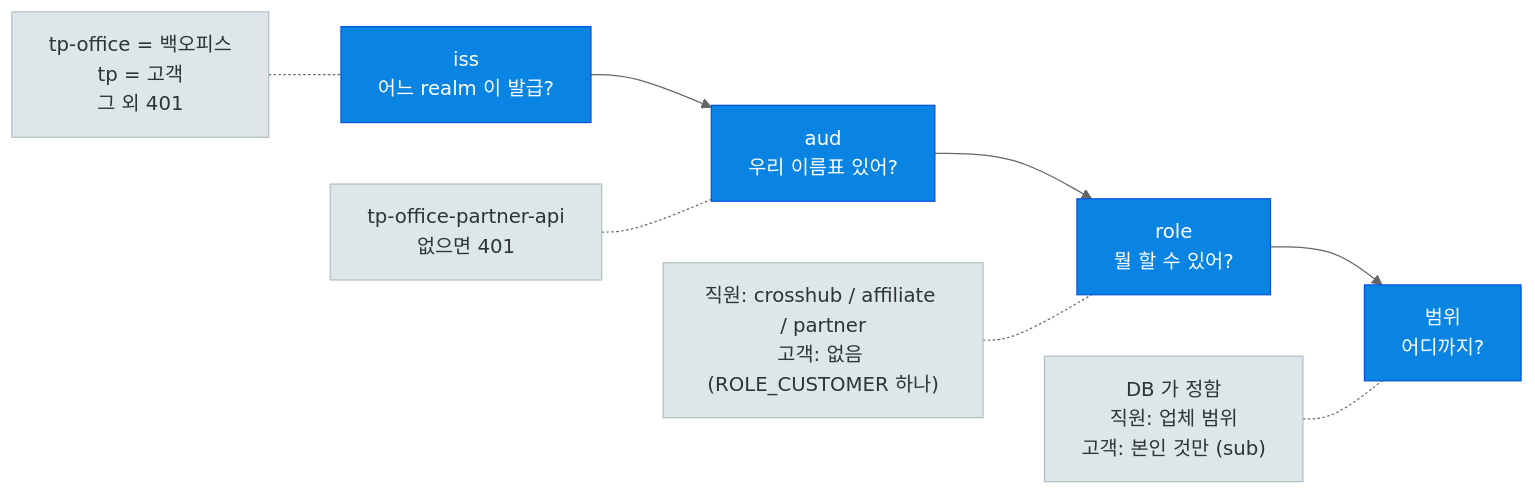
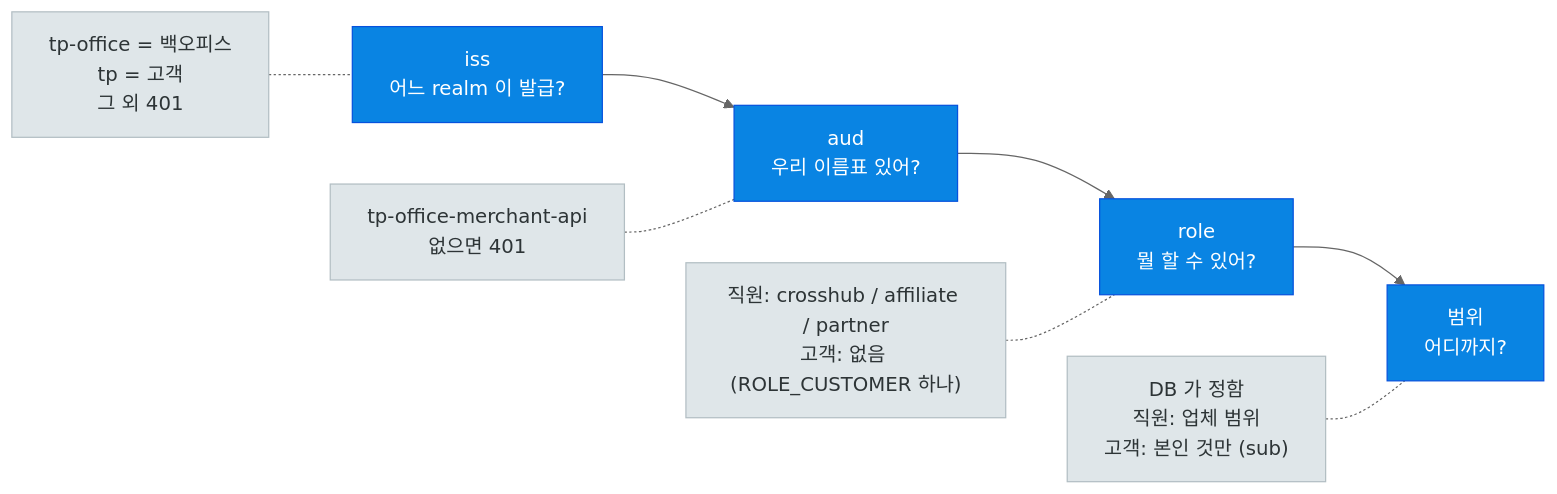
One commit to crosshub-poc-backoffice/travelpass-backoffice-BE changed the third of 4 diagrams in docs/architecture-overview.md. Above: the diagram before and after it, drawn with Mermaid (neutral theme). The commit also changed other lines of this file and 17 other files, not shown here.

````diff
--- a/docs/architecture-overview.md
+++ b/docs/architecture-overview.md
@@ -134,13 +134,13 @@
 ```mermaid
 flowchart LR
   A["iss<br/>어느 realm 이 발급?"] --> B["aud<br/>우리 이름표 있어?"] --> C["role<br/>뭘 할 수 있어?"] --> D["범위<br/>어디까지?"]
   A1["tp-office = 백오피스<br/>tp = 고객<br/>그 외 401"] -.- A
-  B1["tp-office-partner-api<br/>없으면 401"] -.- B
+  B1["tp-office-merchant-api<br/>없으면 401"] -.- B
   C1["직원: crosshub / affiliate / partner<br/>고객: 없음 (ROLE_CUSTOMER 하나)"] -.- C
   D1["DB 가 정함<br/>직원: 업체 범위<br/>고객: 본인 것만 (sub)"] -.- D
 
   classDef step fill:#0984e3,stroke:#0652DD,color:#fff
   classDef note fill:#dfe6e9,stroke:#b2bec3,color:#2d3436
   class A,B,C,D step
   class A1,B1,C1,D1 note
 ```
````
